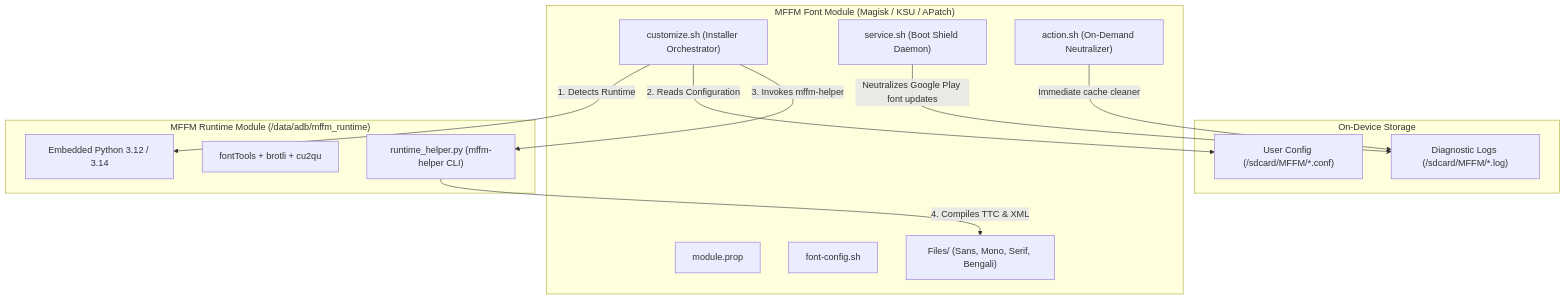
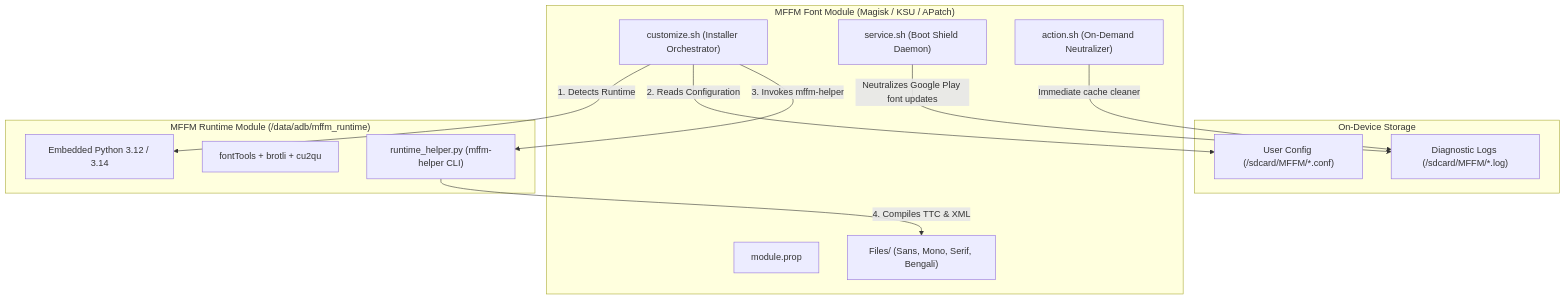
Before and after one commit to mistu01/MFFMv14: the diagram in docs/DEVELOPER.md, drawn with Mermaid. The commit also changed other lines of this file and 2 other files, not shown here.

````diff
--- a/docs/DEVELOPER.md
+++ b/docs/DEVELOPER.md
@@ -10,29 +10,28 @@
 ```mermaid
 graph TD
     subgraph "On-Device Storage"
         CONF["User Config (/sdcard/MFFM/*.conf)"]
         LOGS["Diagnostic Logs (/sdcard/MFFM/*.log)"]
     end
 
     subgraph "MFFM Font Module (Magisk / KSU / APatch)"
         MOD_PROP["module.prop"]
-        FONT_CONF["font-config.sh"]
         SRC_FONTS["Files/ (Sans, Mono, Serif, Bengali)"]
         CUSTOMIZE["customize.sh (Installer Orchestrator)"]
         SERVICE["service.sh (Boot Shield Daemon)"]
         ACTION["action.sh (On-Demand Neutralizer)"]
     end
 
     subgraph "MFFM Runtime Module (/data/adb/mffm_runtime)"
         PYTHON["Embedded Python 3.12 / 3.14"]
         FONTTOOLS["fontTools + brotli + cu2qu"]
         HELPER["runtime_helper.py (mffm-helper CLI)"]
     end
 
     CUSTOMIZE -->|"1. Detects Runtime"| PYTHON
     CUSTOMIZE -->|"2. Reads Configuration"| CONF
     CUSTOMIZE -->|"3. Invokes mffm-helper"| HELPER
     HELPER -->|"4. Compiles TTC & XML"| SRC_FONTS
     SERVICE -->|"Neutralizes Google Play font updates"| LOGS
     ACTION -->|"Immediate cache cleaner"| LOGS
 ```
````
